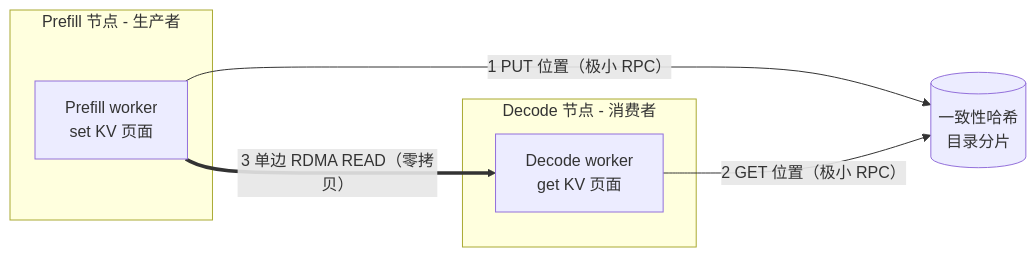
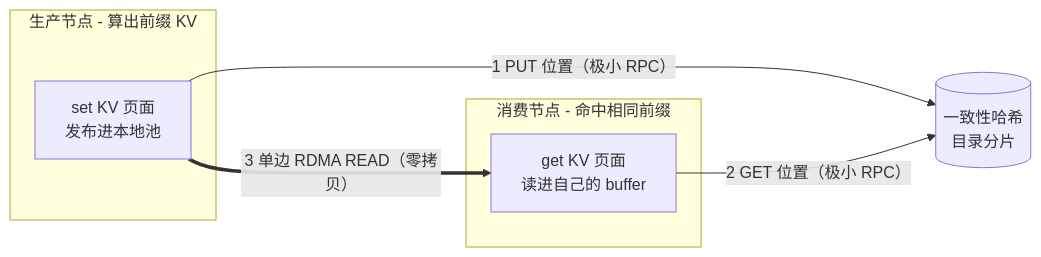
One commit to flymysql/gitblog changed the first of 5 diagrams in posts/peercache-decentralized-rdma-kv-cache.md. Above: the diagram before and after it, drawn with Mermaid. The commit also changed other lines of this file, not shown here.

````diff
--- a/posts/peercache-decentralized-rdma-kv-cache.md
+++ b/posts/peercache-decentralized-rdma-kv-cache.md
@@ -31,12 +35,12 @@
 ```mermaid
 flowchart LR
-    subgraph P [Prefill 节点 - 生产者]
-      P0[Prefill worker<br/>set KV 页面]
+    subgraph N1 [生产节点 - 算出前缀 KV]
+      P0[set KV 页面<br/>发布进本地池]
     end
-    subgraph D [Decode 节点 - 消费者]
-      D0[Decode worker<br/>get KV 页面]
+    subgraph N2 [消费节点 - 命中相同前缀]
+      D0[get KV 页面<br/>读进自己的 buffer]
     end
     P0 -->|"1 PUT 位置（极小 RPC）"| DIR[(一致性哈希<br/>目录分片)]
     D0 -->|"2 GET 位置（极小 RPC）"| DIR
     P0 ==>|"3 单边 RDMA READ（零拷贝）"| D0
 ```
````
